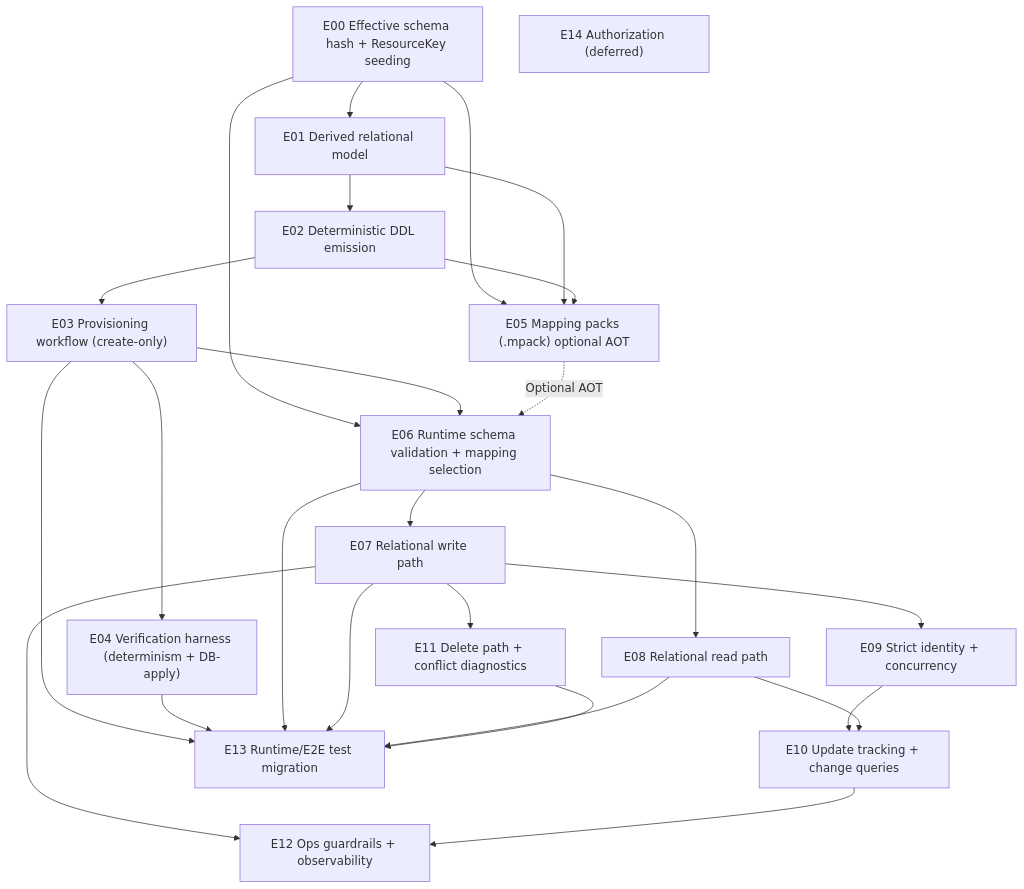
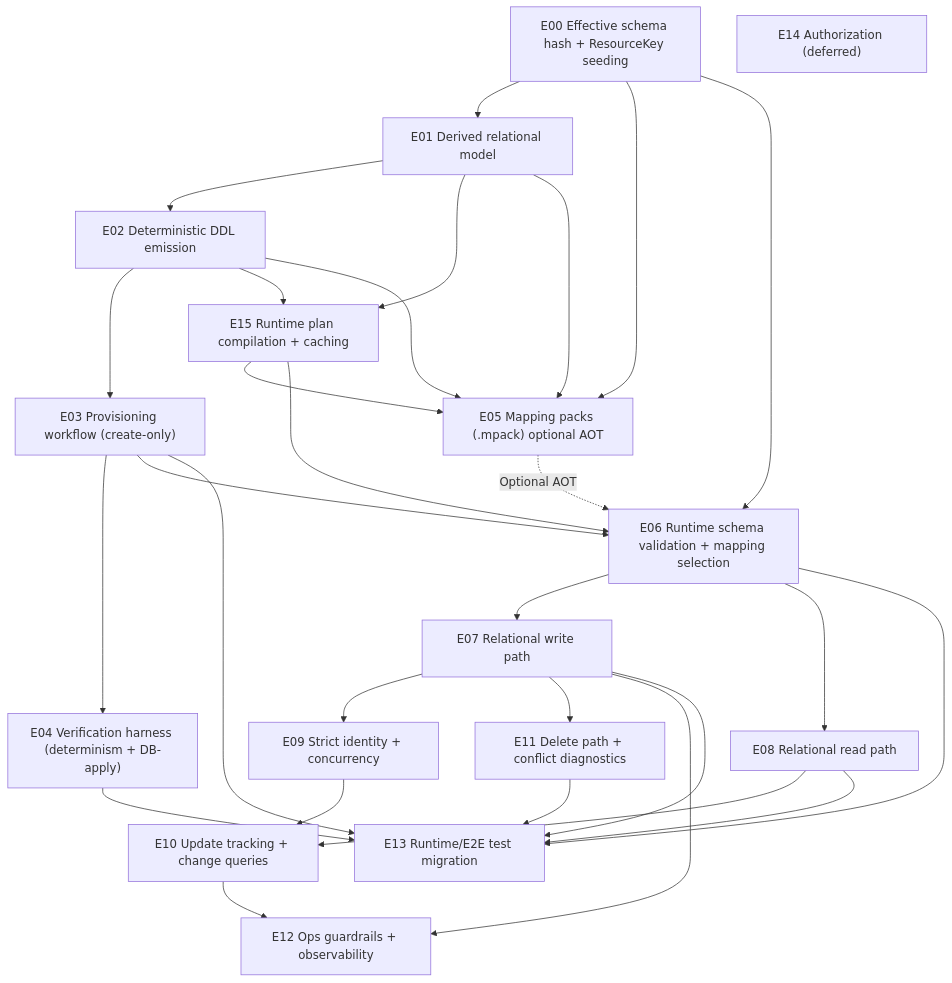
Before and after one commit to Ed-Fi-Alliance-OSS/Data-Management-Service: the diagram in reference/design/backend-redesign/epics/DEPENDENCIES.md, drawn with Mermaid. The commit also changed other lines of this file and 124 other files, not shown here.

````diff
--- a/reference/design/backend-redesign/epics/DEPENDENCIES.md
+++ b/reference/design/backend-redesign/epics/DEPENDENCIES.md
@@ -25,43 +25,49 @@
 ```mermaid
 graph TD
   E00["E00 Effective schema hash + ResourceKey seeding"]
   E01["E01 Derived relational model"]
   E02["E02 Deterministic DDL emission"]
   E03["E03 Provisioning workflow (create-only)"]
   E04["E04 Verification harness (determinism + DB-apply)"]
   E05["E05 Mapping packs (.mpack) optional AOT"]
   E06["E06 Runtime schema validation + mapping selection"]
   E07["E07 Relational write path"]
   E08["E08 Relational read path"]
   E09["E09 Strict identity + concurrency"]
   E10["E10 Update tracking + change queries"]
   E11["E11 Delete path + conflict diagnostics"]
   E12["E12 Ops guardrails + observability"]
   E13["E13 Runtime/E2E test migration"]
   E14["E14 Authorization (deferred)"]
+  E15["E15 Runtime plan compilation + caching"]
 
   E00 --> E01 --> E02 --> E03 --> E04
+
+  E01 --> E15
+  E02 --> E15
 
   E00 --> E05
   E01 --> E05
   E02 --> E05
+  E15 --> E05
 
   E00 --> E06
   E03 --> E06
+  E15 --> E06
   E05 -. Optional AOT .-> E06
 
   E06 --> E07 --> E09 --> E10
   E06 --> E08 --> E10
   E07 --> E11
   E07 --> E12
   E10 --> E12
 
   E03 --> E13
   E04 --> E13
   E06 --> E13
   E07 --> E13
   E08 --> E13
   E11 --> E13
 
   E14
 ```
````
